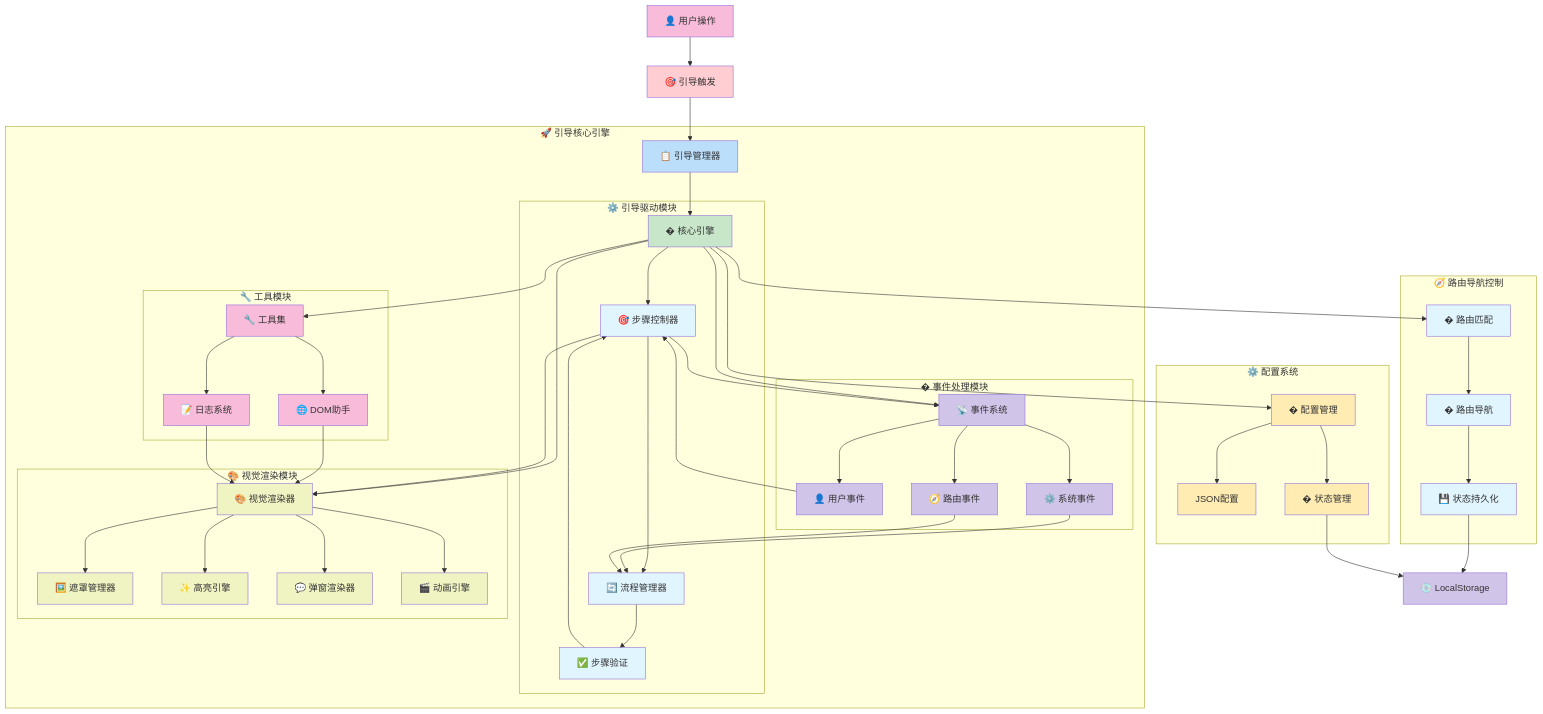
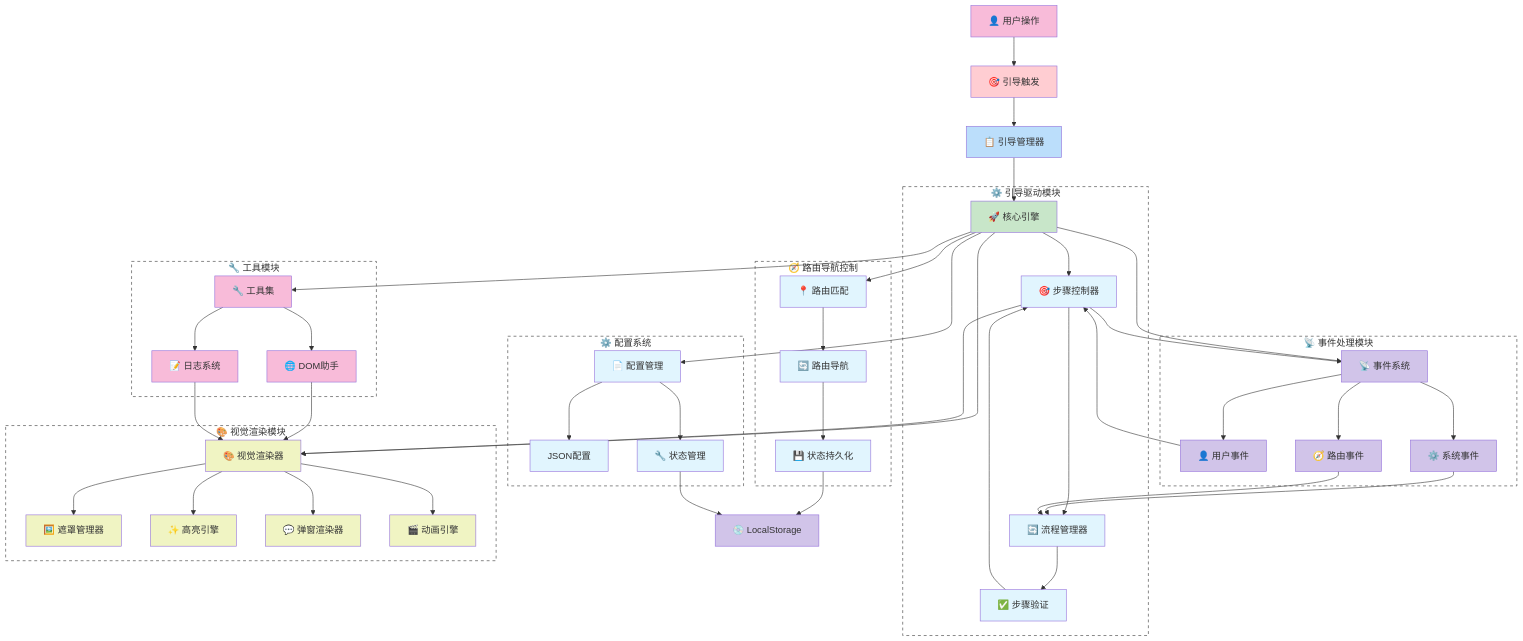
One commit to Mingjun-Lyu/ByteDance-Engineering-Camp changed the second of 4 diagrams in README.md. Above: the diagram before and after it, drawn with Mermaid. The commit also changed other lines of this file and 9 other files, not shown here.

```diff
--- a/README.md
+++ b/README.md
@@ -190,47 +175,45 @@
     Trigger --> GuideManager[📋 引导管理器]
     
     %% 核心引擎层
-    subgraph "🚀 引导核心引擎"
-        GuideManager --> EngineCore[� 核心引擎]
+    GuideManager --> EngineCore[🚀 核心引擎]
         
-        subgraph "⚙️ 引导驱动模块"
-            EngineCore --> StepController[🎯 步骤控制器]
-            StepController --> FlowManager[🔄 流程管理器]
-            FlowManager --> Validation[✅ 步骤验证]
-        end
+    subgraph A["⚙️ 引导驱动模块"]
+        EngineCore --> StepController[🎯 步骤控制器]
+        StepController --> FlowManager[🔄 流程管理器]
+        FlowManager --> Validation[✅ 步骤验证]
+    end
         
-        subgraph "🎨 视觉渲染模块"
-            EngineCore --> VisualRenderer[🎨 视觉渲染器]
-            VisualRenderer --> OverlayManager[🖼️ 遮罩管理器]
-            VisualRenderer --> HighlightEngine[✨ 高亮引擎]
-            VisualRenderer --> PopoverRenderer[💬 弹窗渲染器]
-            VisualRenderer --> AnimationEngine[🎬 动画引擎]
-        end
+    subgraph B["🎨 视觉渲染模块"]
+        EngineCore --> VisualRenderer[🎨 视觉渲染器]
+        VisualRenderer --> OverlayManager[🖼️ 遮罩管理器]
+        VisualRenderer --> HighlightEngine[✨ 高亮引擎]
+        VisualRenderer --> PopoverRenderer[💬 弹窗渲染器]
+        VisualRenderer --> AnimationEngine[🎬 动画引擎]
+    end
         
-        subgraph "� 事件处理模块"
-            EngineCore --> EventSystem[📡 事件系统]
-            EventSystem --> UserEvents[👤 用户事件]
-            EventSystem --> SystemEvents[⚙️ 系统事件]
-            EventSystem --> RouterEvents[🧭 路由事件]
-        end
+    subgraph C["📡 事件处理模块"]
+        EngineCore --> EventSystem[📡 事件系统]
+        EventSystem --> UserEvents[👤 用户事件]
+        EventSystem --> SystemEvents[⚙️ 系统事件]
+        EventSystem --> RouterEvents[🧭 路由事件]
+    end
         
-        subgraph "🔧 工具模块"
-            EngineCore --> Utils[🔧 工具集]
-            Utils --> DOMHelper[🌐 DOM助手]
-            Utils --> Logger[📝 日志系统]
-        end
+    subgraph D["🔧 工具模块"]
+        EngineCore --> Utils[🔧 工具集]
+        Utils --> DOMHelper[🌐 DOM助手]
+        Utils --> Logger[📝 日志系统]
     end
     
     %% 路由控制层
-    subgraph "🧭 路由导航控制"
-        RouteMatch[� 路由匹配] --> RouteNav[� 路由导航]
+    subgraph E["🧭 路由导航控制"]
+        RouteMatch[📍 路由匹配] --> RouteNav[🔄 路由导航]
         RouteNav --> StatePersist[💾 状态持久化]
     end
     
     %% 配置系统层
-    subgraph "⚙️ 配置系统"
-        Config[� 配置管理] --> JSONConfig[JSON配置]
-        Config --> StateMgmt[� 状态管理]
+    subgraph F["⚙️ 配置系统"]
+        Config[📄 配置管理] --> JSONConfig[JSON配置]
+        Config --> StateMgmt[🔧 状态管理]
     end
     
     %% 数据流连接
@@ -253,7 +236,11 @@
     StatePersist --> LocalStorage[💿 LocalStorage]
     StateMgmt --> LocalStorage
     
-    %% 样式定义
+    %% 子图样式定义（无背景，虚线边框）
+    classDef subgraphStyle fill:none,stroke:#333,stroke-dasharray:5 5
+    class A,B,C,D,E,F,G subgraphStyle
+    
+    %% 节点样式定义
     classDef user fill:#f8bbd9
     classDef trigger fill:#ffcdd2
     classDef manager fill:#bbdefb
@@ -263,7 +250,7 @@
     classDef event fill:#d1c4e9
     classDef utils fill:#f8bbd9
     classDef route fill:#e1f5fe
-    classDef config fill:#ffecb3
+    classDef config fill:#e1f5fe
     classDef storage fill:#d1c4e9
     
     class User user
```
